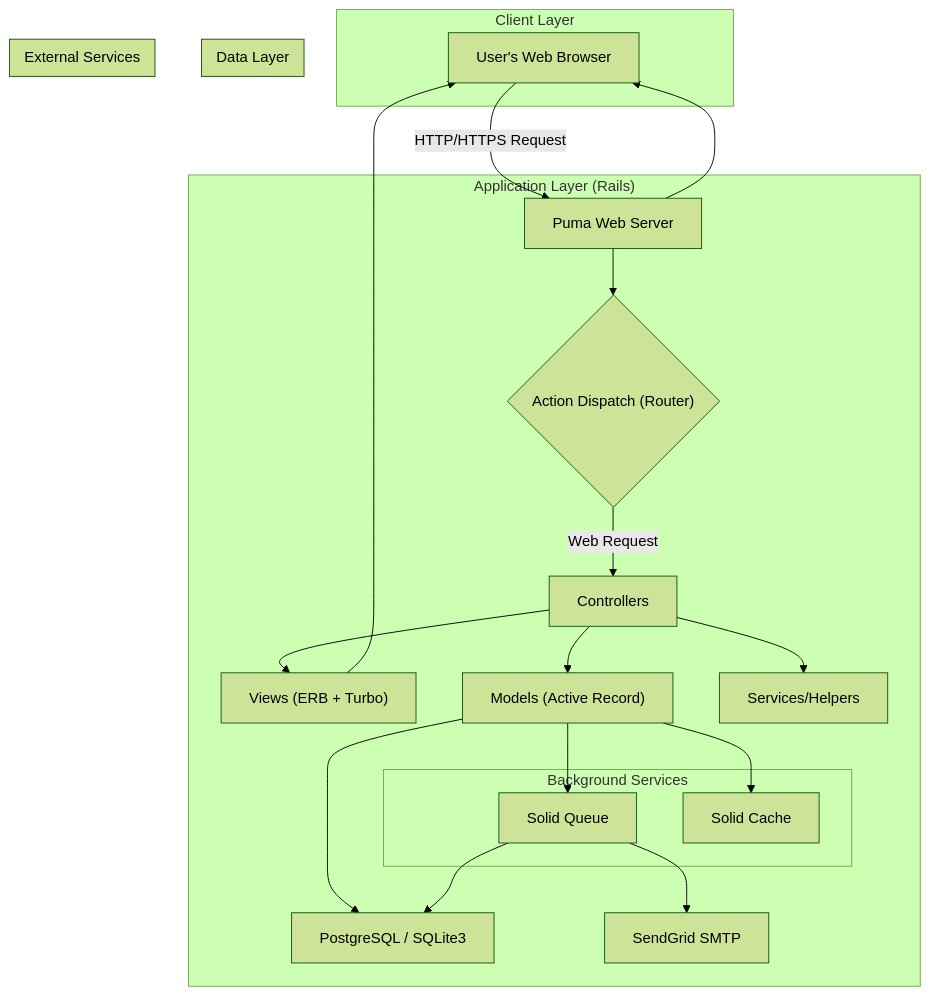
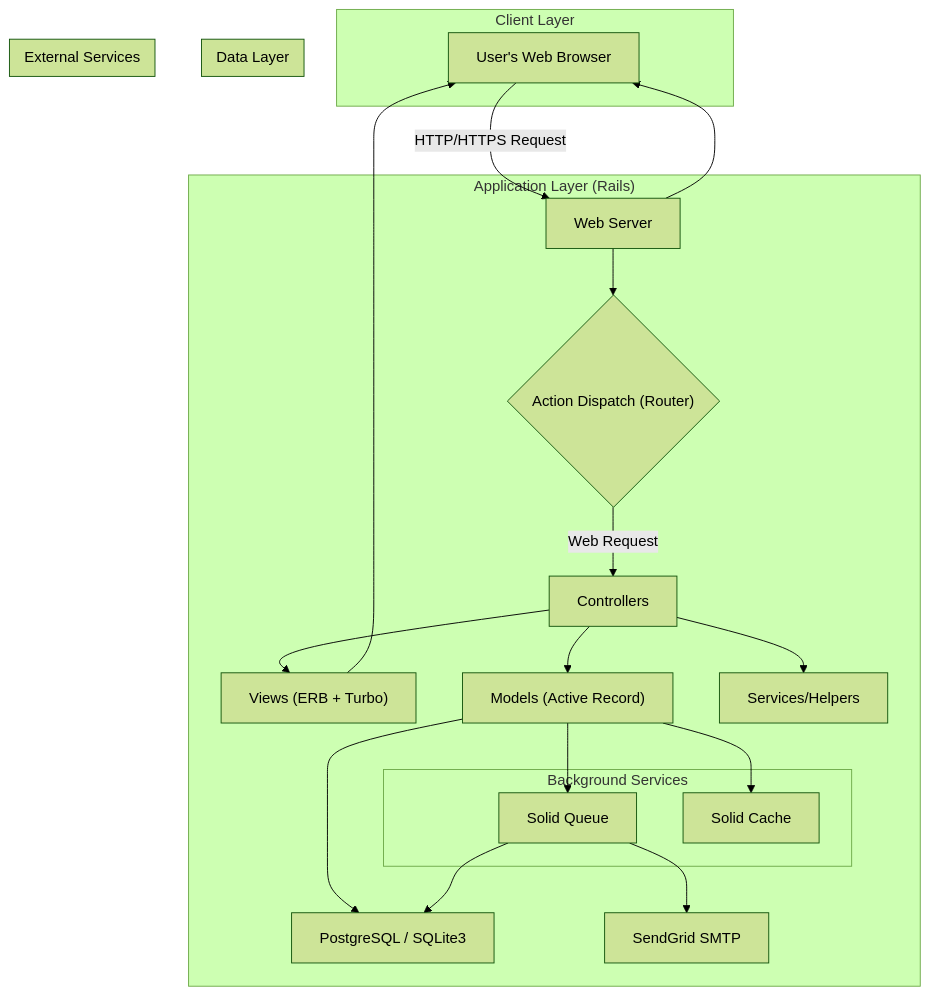
Before and after one commit to tamu-edu-students/group7-csce606-project2: the first of 3 diagrams in README.md, drawn with Mermaid (forest theme). The commit also changed other lines of this file, not shown here.

Commit message:
add rails version

````diff
--- a/README.md
+++ b/README.md
@@ -122,38 +122,37 @@
 ```mermaid
 graph TD
     subgraph "Client Layer"
         A["User's Web Browser"]
     end
 
     subgraph "Application Layer (Rails)"
-        B["Puma Web Server"] --> C{"Action Dispatch (Router)"};
+        B["Web Server"] --> C{"Action Dispatch (Router)"};
         C -->|Web Request| D["Controllers"];
         D --> E["Views (ERB + Turbo)"];
         D --> F["Models (Active Record)"];
         D --> G["Services/Helpers"];
         F --> H["Database"];
         E --> A;
 
         subgraph "Background Services"
             J["Solid Queue"]
             K["Solid Cache"]
         end
 
         F --> J;
         F --> K;
         J --> L;
         J --> H;
     end
     
     subgraph "Data Layer"
         H["PostgreSQL / SQLite3"]
     end
 
     subgraph "External Services"
         L["SendGrid SMTP"]
     end
 
     A -->|HTTP/HTTPS Request| B;
     B --> A;
-
 ```
````
